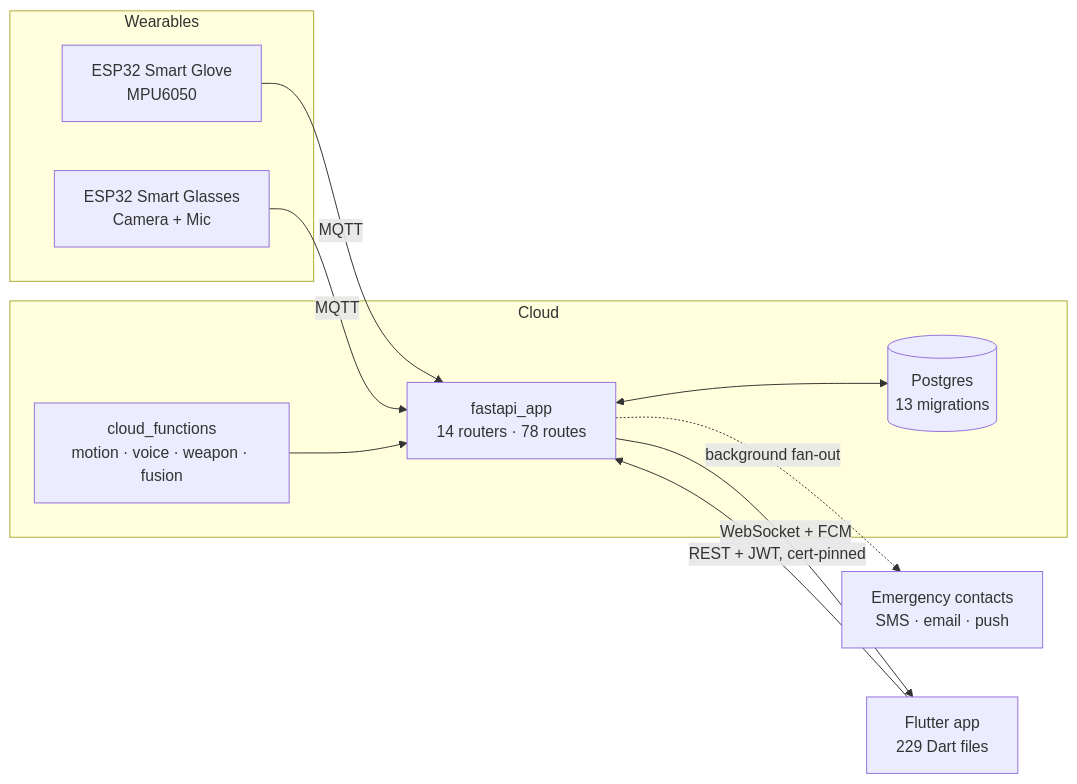
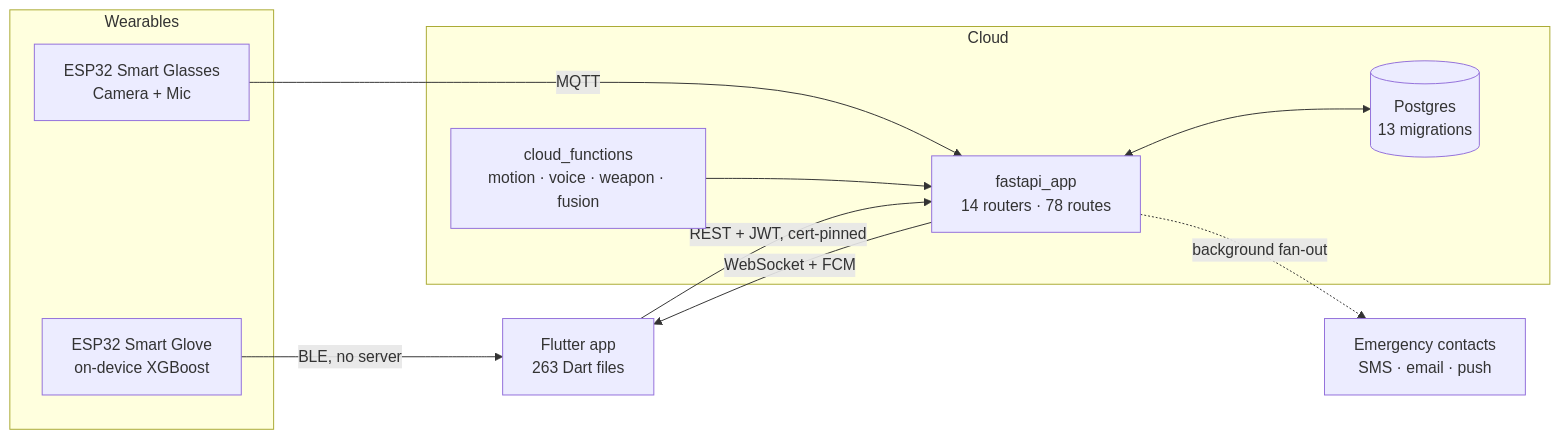
One commit to ShadowInCache/SafeHer changed the diagram in README.md. Above: the diagram before and after it, drawn with Mermaid. The commit also changed other lines of this file and 11 other files, not shown here.

````diff
--- a/README.md
+++ b/README.md
@@ -87,24 +97,24 @@
 ```mermaid
 flowchart LR
     subgraph Wearables
-        G["ESP32 Smart Glove<br/>MPU6050"]
+        G["ESP32 Smart Glove<br/>on-device XGBoost"]
         S["ESP32 Smart Glasses<br/>Camera + Mic"]
     end
 
     subgraph Cloud
         API["fastapi_app<br/>14 routers · 78 routes"]
         DB[("Postgres<br/>13 migrations")]
         CF["cloud_functions<br/>motion · voice · weapon · fusion"]
     end
 
     P["Emergency contacts<br/>SMS · email · push"]
-    M["Flutter app<br/>229 Dart files"]
+    M["Flutter app<br/>263 Dart files"]
 
-    G -- MQTT --> API
+    G -- "BLE, no server" --> M
     S -- MQTT --> API
     API <--> DB
     CF --> API
     API -- "WebSocket + FCM" --> M
     M -- "REST + JWT, cert-pinned" --> API
     API -. "background fan-out" .-> P
 ```
````
